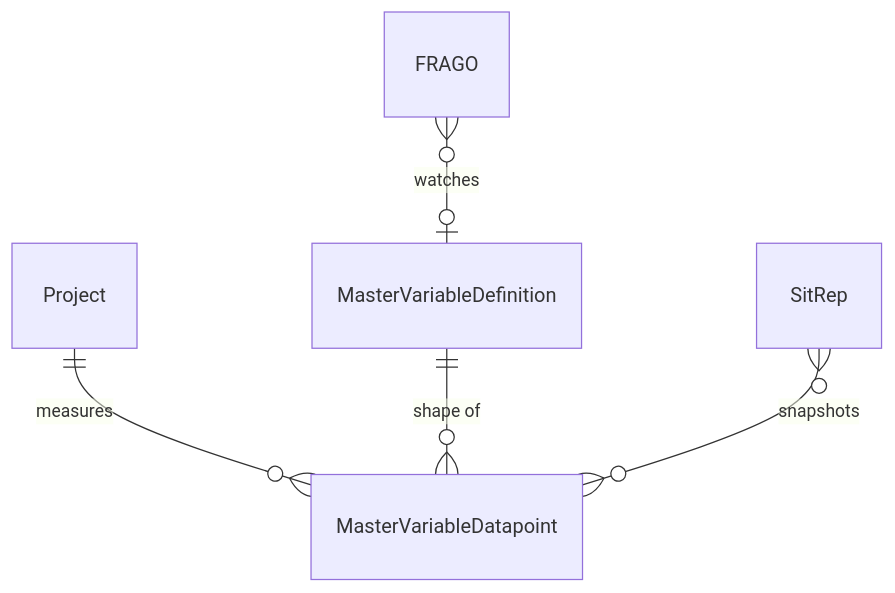
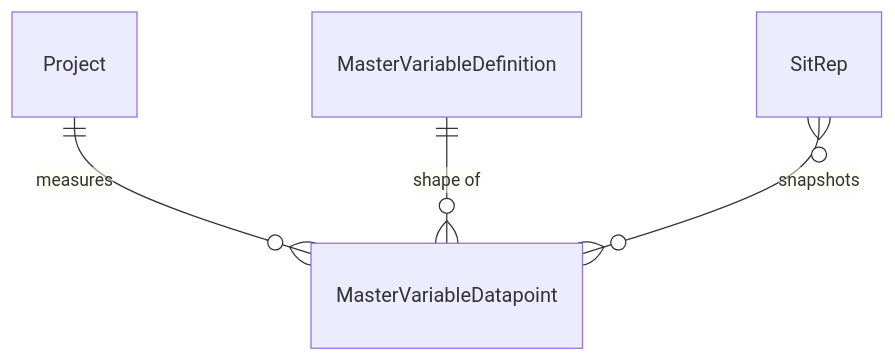
The fourth of 6 diagrams in docs/ideation/vision.md (FeatureFactory-io/huginn), drawn with Mermaid before and after one commit. The commit also changed other lines of this file and 28 other files, not shown here.

````diff
--- a/docs/ideation/vision.md
+++ b/docs/ideation/vision.md
@@ -197,7 +210,6 @@
 ```mermaid
 erDiagram
     Project ||--o{ MasterVariableDatapoint : measures
     MasterVariableDefinition ||--o{ MasterVariableDatapoint : "shape of"
     SitRep }o--o{ MasterVariableDatapoint : snapshots
-    FRAGO }o--o| MasterVariableDefinition : watches
 ```
````
